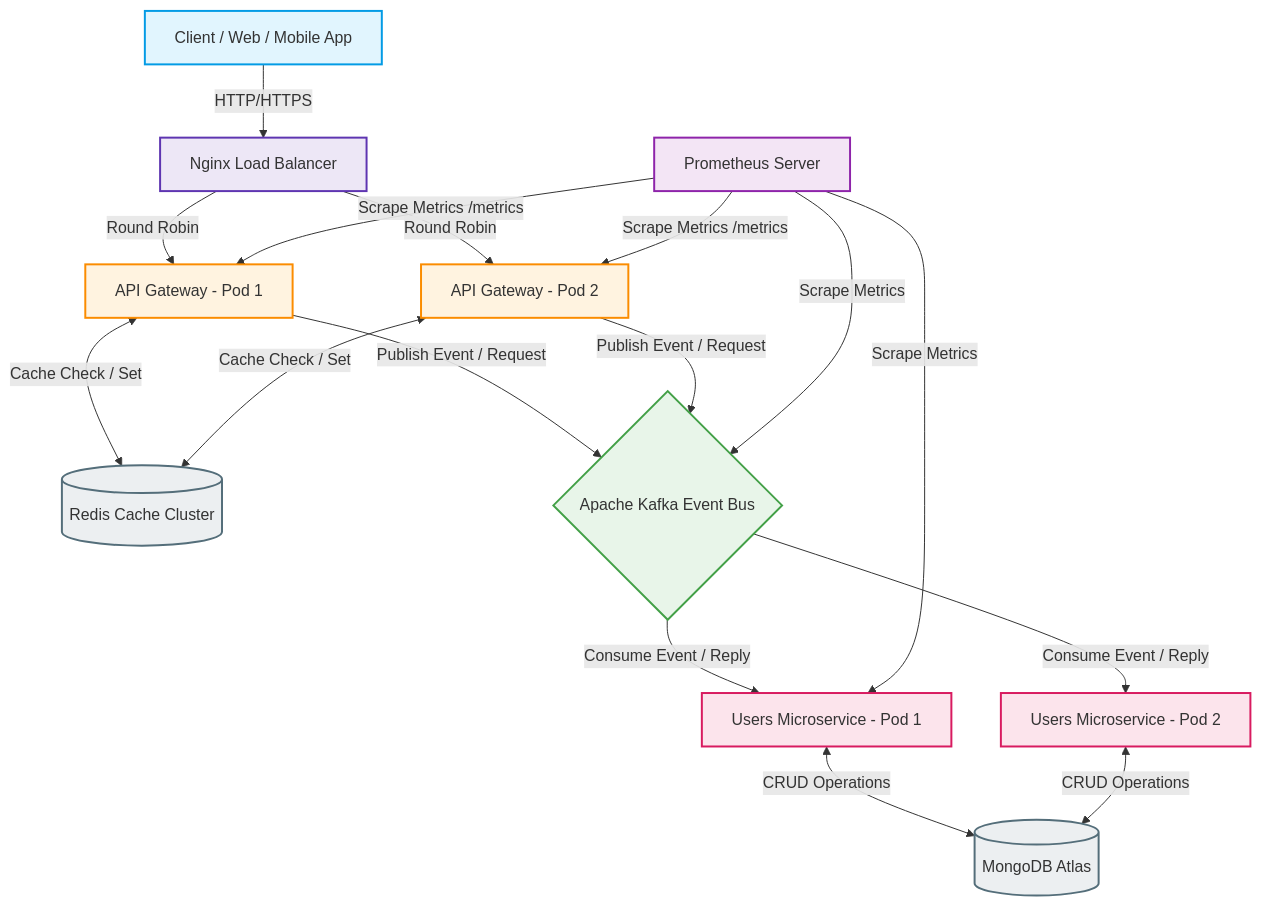
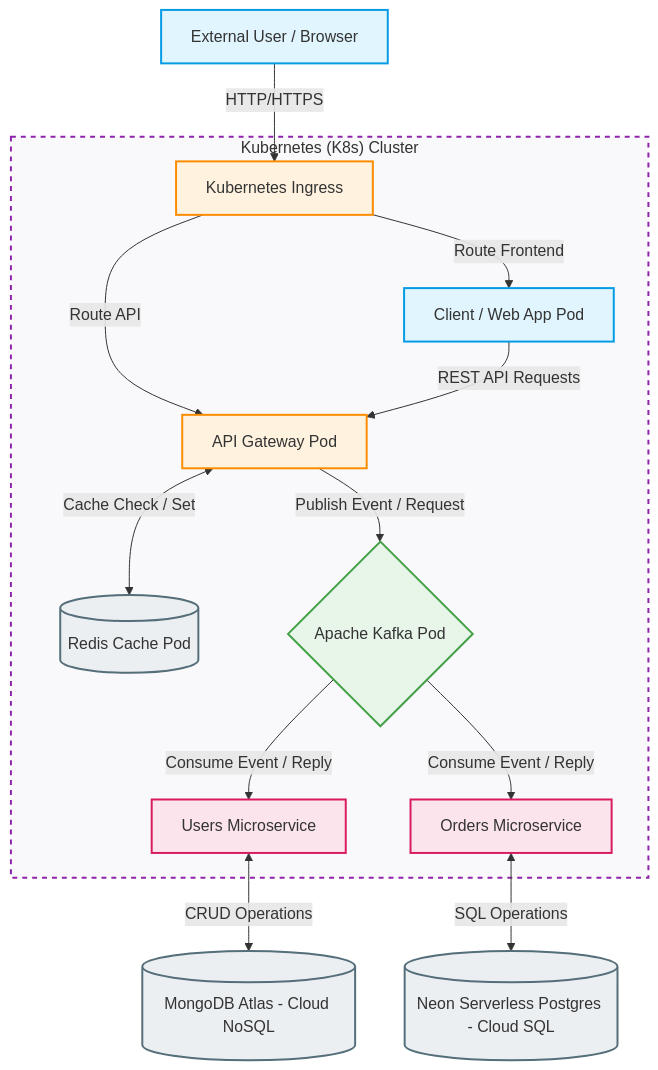
The first of 4 diagrams in docs/architecture_document.md (SUMMER2026SE/wdp301-rbl-project-wdp_se18d08_group-7), drawn with Mermaid before and after one commit. The commit also changed other lines of this file and 50 other files, not shown here.

````diff
--- a/docs/architecture_document.md
+++ b/docs/architecture_document.md
@@ -12,33 +12,27 @@
 ```mermaid
 graph TD
     classDef client fill:#e1f5fe,stroke:#039be5,stroke-width:2px;
-    classDef lb fill:#ede7f6,stroke:#5e35b1,stroke-width:2px;
     classDef gw fill:#fff3e0,stroke:#fb8c00,stroke-width:2px;
     classDef broker fill:#e8f5e9,stroke:#43a047,stroke-width:2px;
     classDef service fill:#fce4ec,stroke:#d81b60,stroke-width:2px;
     classDef db fill:#eceff1,stroke:#546e7a,stroke-width:2px;
-    classDef monitor fill:#f3e5f5,stroke:#8e24aa,stroke-width:2px;
 
-    Client[Client / Web / Mobile App]:::client -->|HTTP/HTTPS| LB[Nginx Load Balancer]:::lb
-    
-    LB -->|Round Robin| GW1[API Gateway - Pod 1]:::gw
-    LB -->|Round Robin| GW2[API Gateway - Pod 2]:::gw
+    User[External User / Browser]:::client -->|HTTP/HTTPS| Ingress[Kubernetes Ingress]:::gw
 
-    GW1 <-->|Cache Check / Set| Redis[(Redis Cache Cluster)]:::db
-    GW2 <-->|Cache Check / Set| Redis
+    subgraph K8sCluster["Kubernetes (K8s) Cluster"]
+        Ingress -->|Route Frontend| Client[Client / Web App Pod]:::client
+        Ingress -->|Route API| GW[API Gateway Pod]:::gw
+        
+        Client -->|REST API Requests| GW
+        GW <-->|Cache Check / Set| Redis[(Redis Cache Pod)]:::db
+        GW -->|Publish Event / Request| Kafka{Apache Kafka Pod}:::broker
 
-    GW1 -->|Publish Event / Request| Kafka{Apache Kafka Event Bus}:::broker
-    GW2 -->|Publish Event / Request| Kafka
+        Kafka -->|Consume Event / Reply| UsersService[Users Microservice]:::service
+        Kafka -->|Consume Event / Reply| OrdersService[Orders Microservice]:::service
+    end
 
-    Kafka -->|Consume Event / Reply| UsersService[Users Microservice - Pod 1]:::service
-    Kafka -->|Consume Event / Reply| UsersService2[Users Microservice - Pod 2]:::service
+    UsersService <-->|CRUD Operations| MongoDB[(MongoDB Atlas - Cloud NoSQL)]:::db
+    OrdersService <-->|SQL Operations| Neon[(Neon Serverless Postgres - Cloud SQL)]:::db
 
-    UsersService <-->|CRUD Operations| MongoDB[(MongoDB Atlas)]:::db
-    UsersService2 <-->|CRUD Operations| MongoDB
-
-    %% Monitoring
-    Prometheus[Prometheus Server]:::monitor -->|Scrape Metrics /metrics| GW1
-    Prometheus -->|Scrape Metrics /metrics| GW2
-    Prometheus -->|Scrape Metrics| UsersService
-    Prometheus -->|Scrape Metrics| Kafka
+    style K8sCluster fill:#f9f9fb,stroke:#8e24aa,stroke-width:2px,stroke-dasharray: 5 5;
 ```
````
